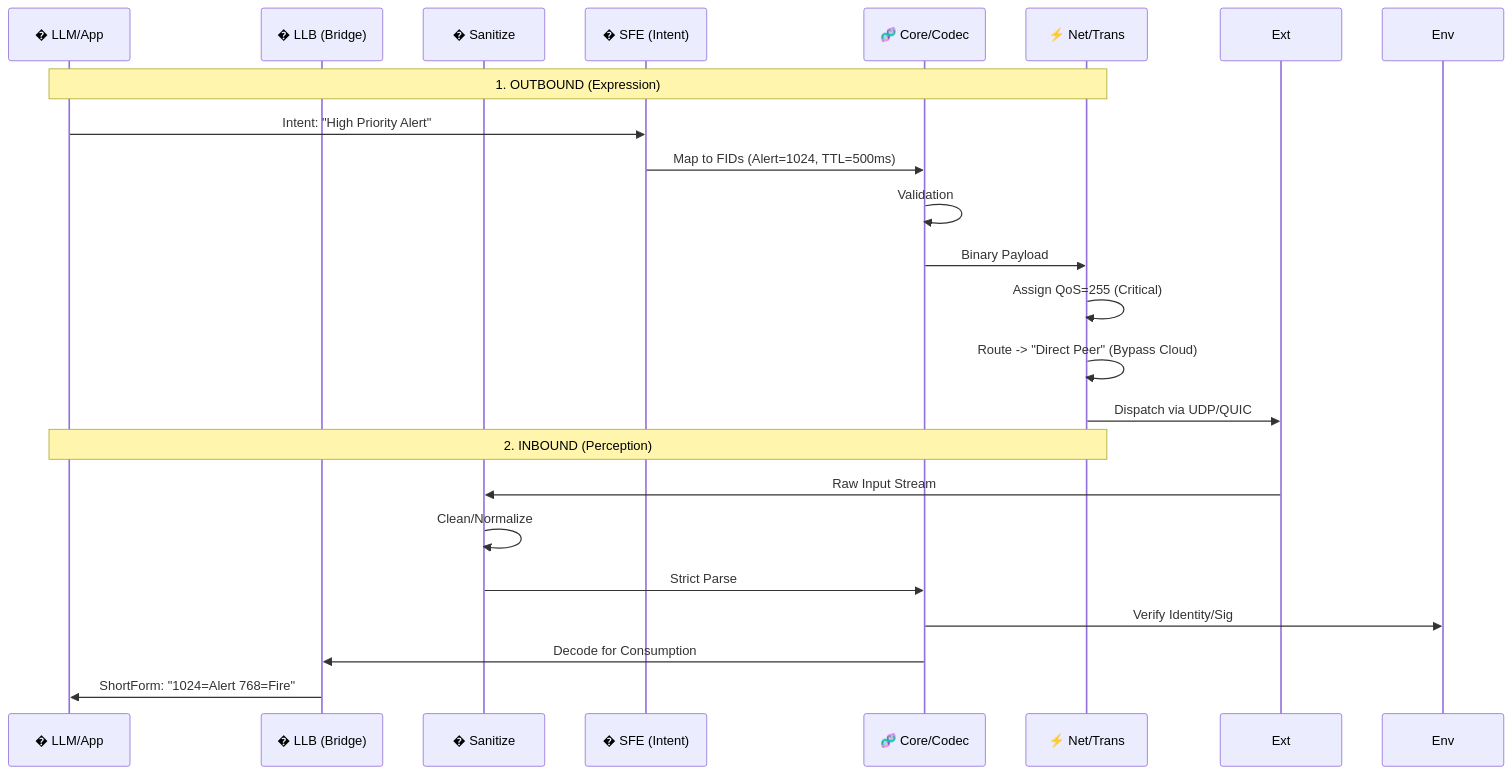
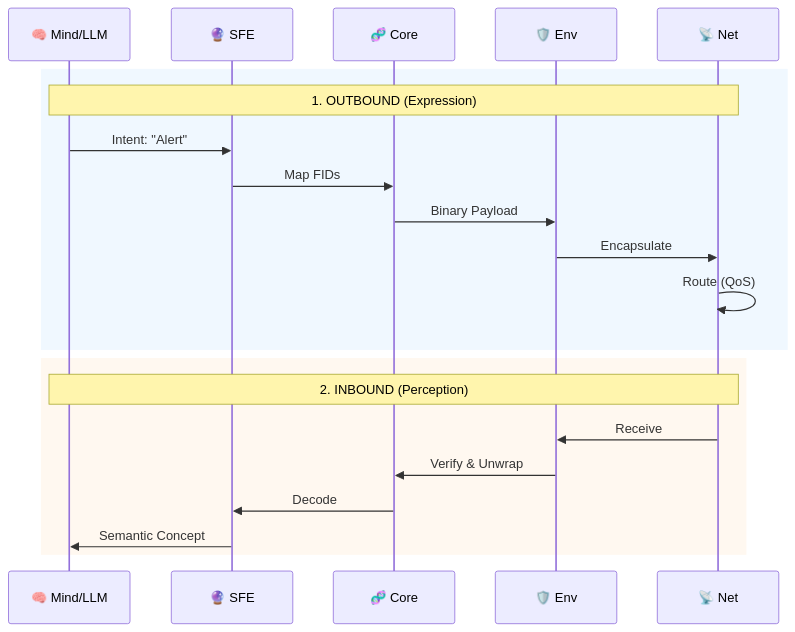
The second of 2 diagrams in spec/architecture-and-flow.md (lnmplang/lnmp-protocol), drawn with Mermaid before and after one commit. The commit also changed other lines of this file, not shown here.

Commit message:
feat: Revise architecture diagram and data flow descriptions for improved clarity and visualization

````diff
--- a/spec/architecture-and-flow.md
+++ b/spec/architecture-and-flow.md
@@ -97,26 +94,27 @@
 ```mermaid
 sequenceDiagram
-    participant LLM as � LLM/App
-    participant LLB as �️ LLB (Bridge)
-    participant San as � Sanitize
-    participant SFE as � SFE (Intent)
-    participant Core as 🧬 Core/Codec
-    participant Net as ⚡ Net/Trans
+    participant Mind as 🧠 Mind/LLM
+    participant SFE as 🔮 SFE
+    participant Core as 🧬 Core
+    participant Env as 🛡️ Env
+    participant Net as 📡 Net
 
-    Note over LLM, Net: 1. OUTBOUND (Expression)
-    LLM->>SFE: Intent: "High Priority Alert"
-    SFE->>Core: Map to FIDs (Alert=1024, TTL=500ms)
-    Core->>Core: Validation
-    Core->>Net: Binary Payload
-    Net->>Net: Assign QoS=255 (Critical)
-    Net->>Net: Route -> "Direct Peer" (Bypass Cloud)
-    Net->>Ext: Dispatch via UDP/QUIC
+    %% OUTBOUND
+    rect rgb(240, 248, 255)
+    Note over Mind, Net: 1. OUTBOUND (Expression)
+    Mind->>SFE: Intent: "Alert"
+    SFE->>Core: Map FIDs
+    Core->>Env: Binary Payload
+    Env->>Net: Encapsulate
+    Net->>Net: Route (QoS)
+    end
 
-    Note over LLM, Net: 2. INBOUND (Perception)
-    Ext->>San: Raw Input Stream
-    San->>San: Clean/Normalize
-    San->>Core: Strict Parse
-    Core->>Env: Verify Identity/Sig
-    Core->>LLB: Decode for Consumption
-    LLB->>LLM: ShortForm: "1024=Alert 768=Fire"
+    %% INBOUND
+    rect rgb(255, 248, 240)
+    Note over Mind, Net: 2. INBOUND (Perception)
+    Net->>Env: Receive
+    Env->>Core: Verify & Unwrap
+    Core->>SFE: Decode
+    SFE->>Mind: Semantic Concept
+    end
 ```
````
